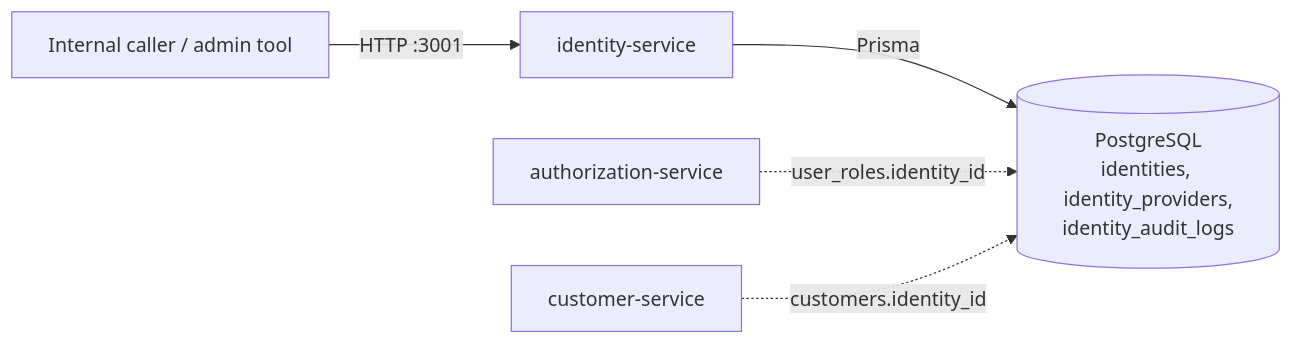
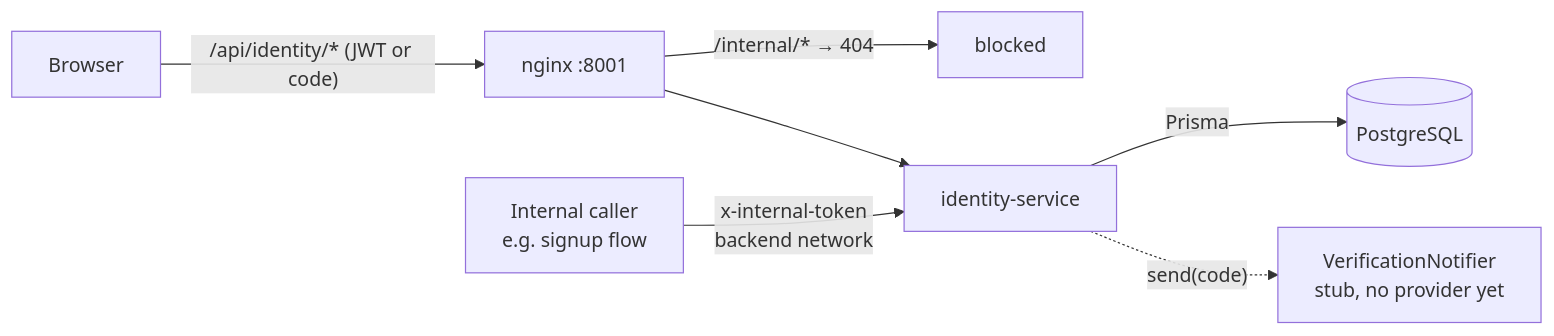
The first of 6 diagrams in services/identity-service/README.md (master-node1/the-aura-lab), drawn with Mermaid before and after one commit. The commit also changed other lines of this file and 68 other files, not shown here.

````diff
--- a/services/identity-service/README.md
+++ b/services/identity-service/README.md
@@ -33,7 +43,9 @@
 ```mermaid
 flowchart LR
-    ADMIN[Internal caller / admin tool] -->|HTTP :3001| ID[identity-service]
-    ID -->|Prisma| PG[(PostgreSQL<br/>identities, identity_providers,<br/>identity_audit_logs)]
-    AUTHZ[authorization-service] -. "user_roles.identity_id" .-> PG
-    CUST[customer-service] -. "customers.identity_id" .-> PG
+    U[Browser] -->|"/api/identity/* (JWT or code)"| GW[nginx :8001]
+    GW -->|"/internal/* → 404"| X[blocked]
+    GW --> ID[identity-service]
+    SVC[Internal caller<br/>e.g. signup flow] -->|"x-internal-token<br/>backend network"| ID
+    ID -->|Prisma| PG[(PostgreSQL)]
+    ID -. "send(code)" .-> N[VerificationNotifier<br/>stub, no provider yet]
 ```
````
